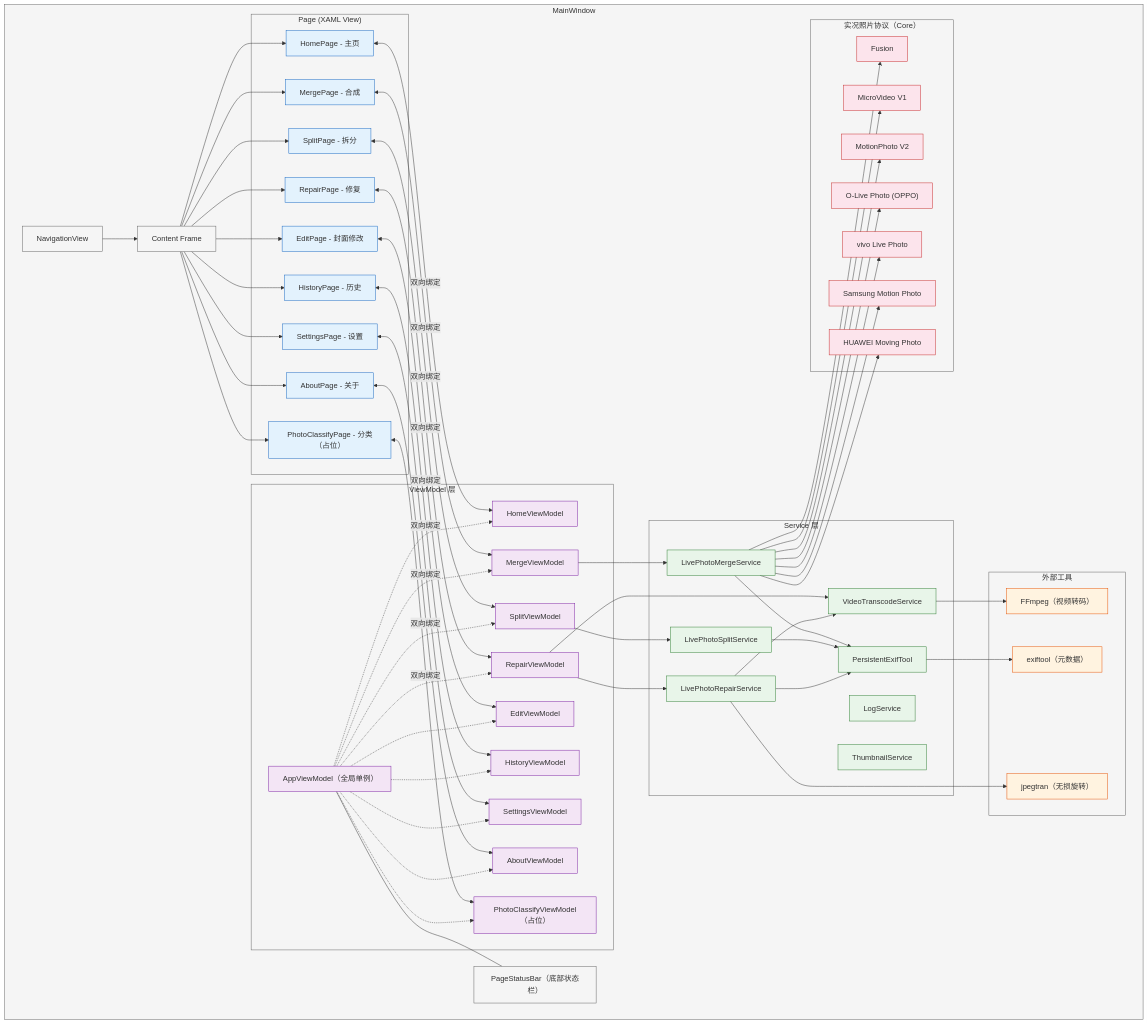
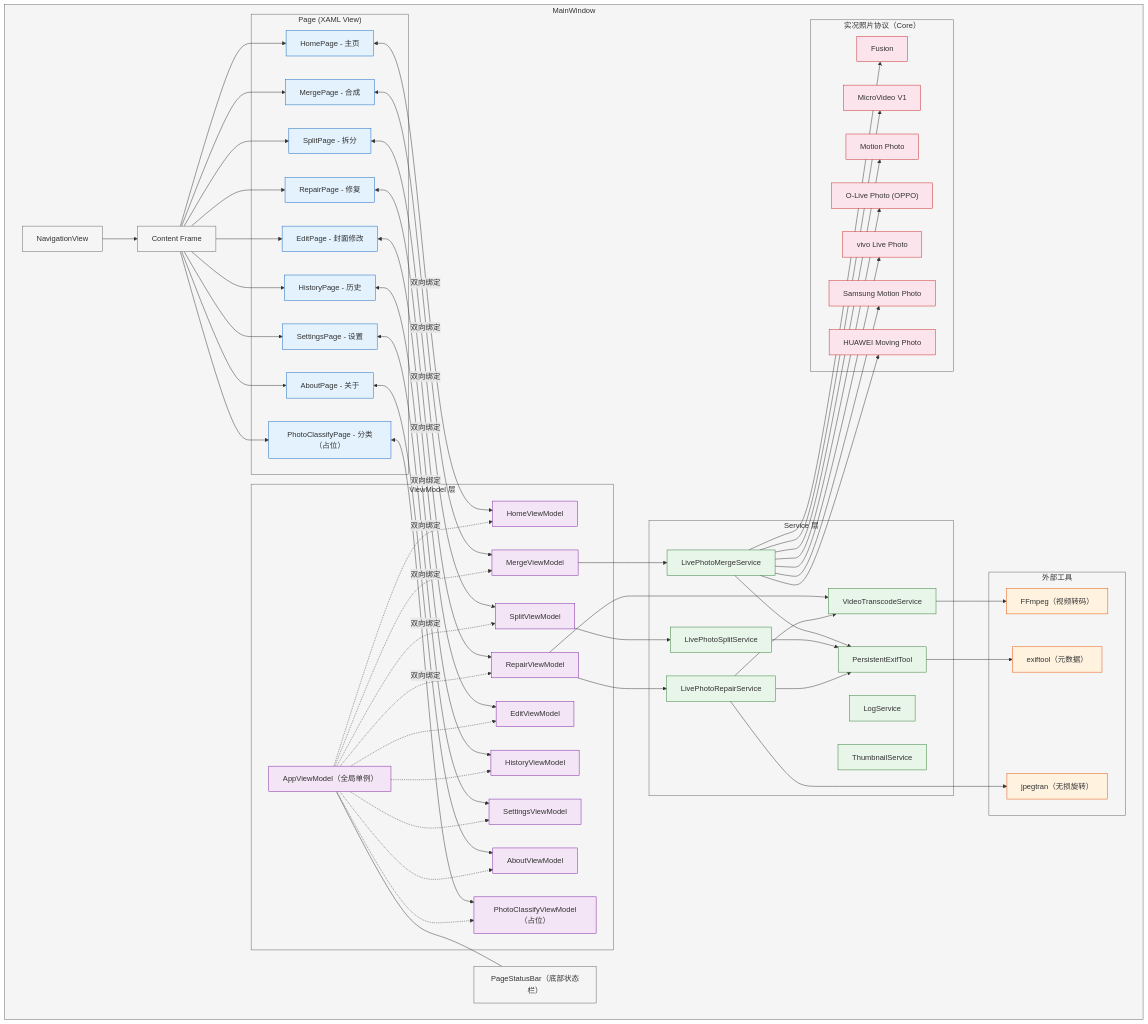
The first of 4 diagrams in docs/项目总览.md (LengxiQwQ/live-photo-box), drawn with Mermaid before and after one commit. The commit also changed other lines of this file and 45 other files, not shown here.

```diff
--- a/docs/项目总览.md
+++ b/docs/项目总览.md
@@ -696,7 +694,7 @@
         subgraph Protocols["实况照片协议（Core）"]
             FUS["Fusion"]
             MV1["MicroVideo V1"]
-            MP2["MotionPhoto V2"]
+            MP2["Motion Photo"]
             OPPO["O-Live Photo (OPPO)"]
             VIVO["vivo Live Photo"]
             SS["Samsung Motion Photo"]
```
